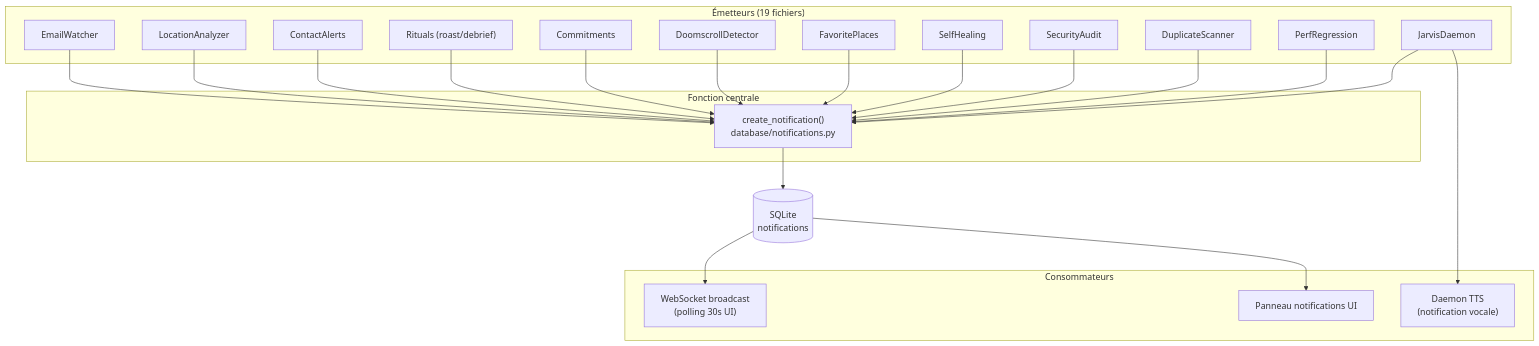
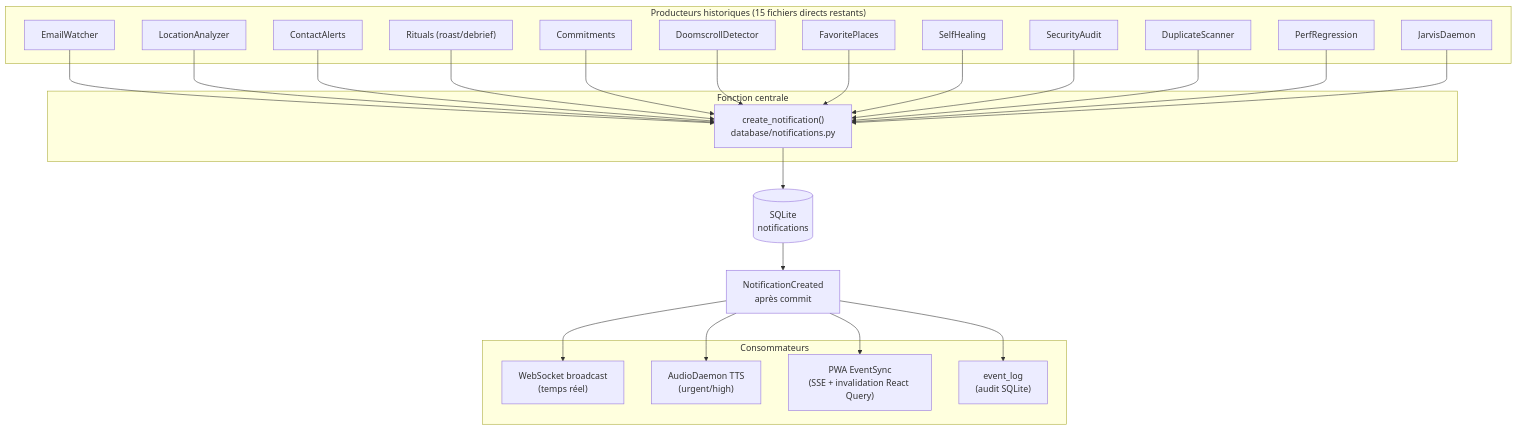
The fourth of 5 diagrams in Architecture/01_CARTOGRAPHIE.md (AVTAVANTTOUT2/JarvisAPI), drawn with Mermaid before and after one commit. The commit also changed other lines of this file and 21 other files, not shown here.

````diff
--- a/Architecture/01_CARTOGRAPHIE.md
+++ b/Architecture/01_CARTOGRAPHIE.md
@@ -297,45 +306,48 @@
 ```mermaid
 graph TB
-    subgraph "Émetteurs (19 fichiers)"
+    subgraph "Producteurs historiques (15 fichiers directs restants)"
         EW["EmailWatcher"]
         LA["LocationAnalyzer"]
         CA["ContactAlerts"]
         RIT["Rituals (roast/debrief)"]
         COM["Commitments"]
         DOOM["DoomscrollDetector"]
         FP["FavoritePlaces"]
         SH["SelfHealing"]
         SA["SecurityAudit"]
         DC["DuplicateScanner"]
         PR["PerfRegression"]
         JD["JarvisDaemon"]
     end
     
     subgraph "Fonction centrale"
         CN["create_notification()<br/>database/notifications.py"]
     end
     
     subgraph "Consommateurs"
-        WS["WebSocket broadcast<br/>(polling 30s UI)"]
-        TTS["Daemon TTS<br/>(notification vocale)"]
-        UI["Panneau notifications UI"]
+        WS["WebSocket broadcast<br/>(temps réel)"]
+        TTS["AudioDaemon TTS<br/>(urgent/high)"]
+        UI["PWA EventSync<br/>(SSE + invalidation React Query)"]
+        LOG["event_log<br/>(audit SQLite)"]
     end
     
     EW --> CN
     LA --> CN
     CA --> CN
     RIT --> CN
     COM --> CN
     DOOM --> CN
     FP --> CN
     SH --> CN
     SA --> CN
     DC --> CN
     PR --> CN
     JD --> CN
     
     CN --> DB[(SQLite<br/>notifications)]
-    DB --> WS
-    DB --> UI
-    JD --> TTS
+    DB --> EV["NotificationCreated<br/>après commit"]
+    EV --> WS
+    EV --> UI
+    EV --> TTS
+    EV --> LOG
 ```
````
